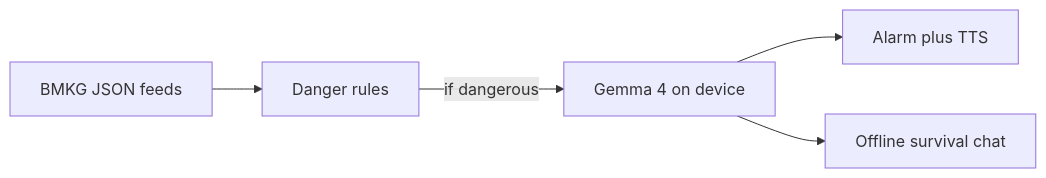
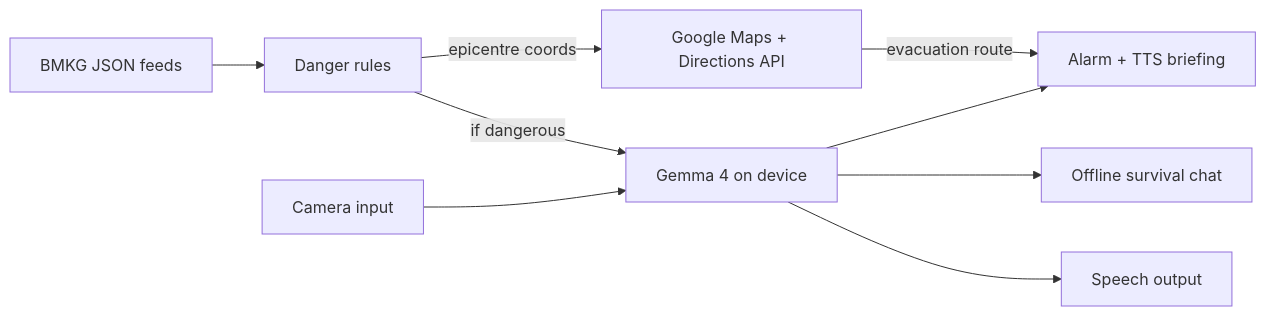
Before and after one commit to Sirund/Prometheus: the diagram in README.md, drawn with Mermaid. The commit also changed other lines of this file and 11 other files, not shown here.

````diff
--- a/README.md
+++ b/README.md
@@ -65,13 +95,20 @@
 ```mermaid
 flowchart LR
   BMKG[BMKG JSON feeds]
   Rules[Danger rules]
   Gemma[Gemma 4 on device]
-  Alarm[Alarm plus TTS]
+  Alarm[Alarm + TTS briefing]
+  Maps[Google Maps + Directions API]
   Chat[Offline survival chat]
+  Vision[Camera input]
+  Speech[Speech output]
 
   BMKG --> Rules
   Rules -->|if dangerous| Gemma
+  Rules -->|epicentre coords| Maps
+  Maps -->|evacuation route| Alarm
   Gemma --> Alarm
   Gemma --> Chat
+  Vision --> Gemma
+  Gemma --> Speech
 ```
````
